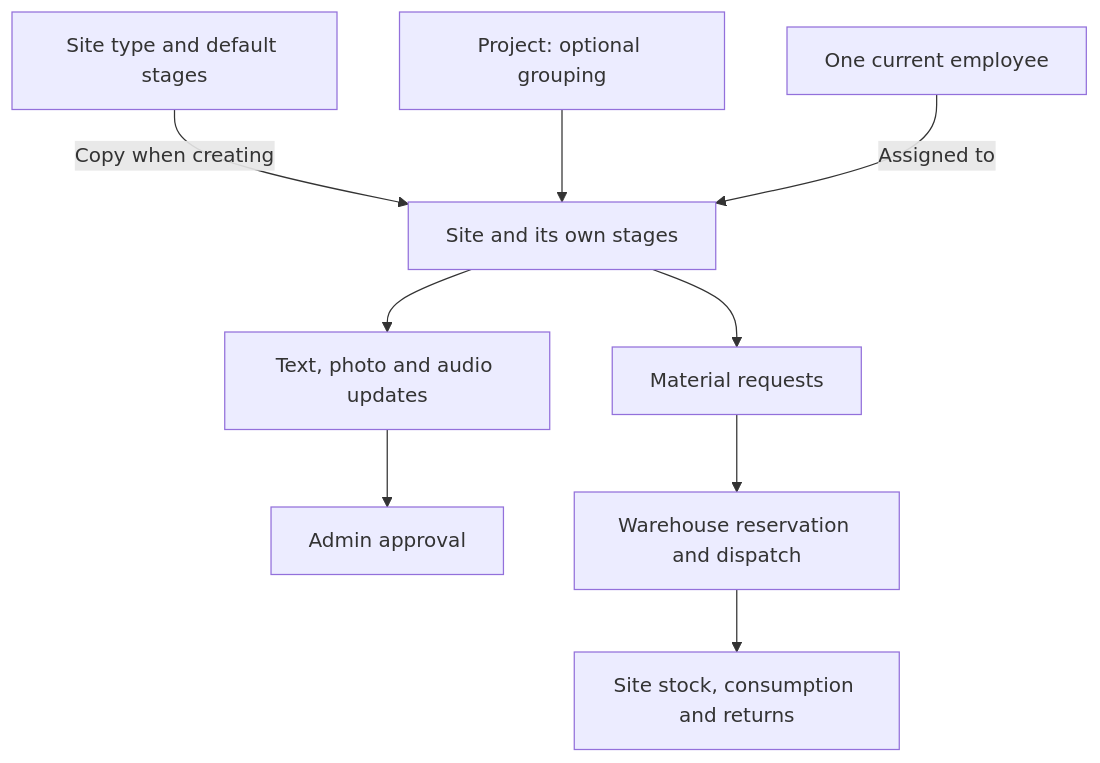
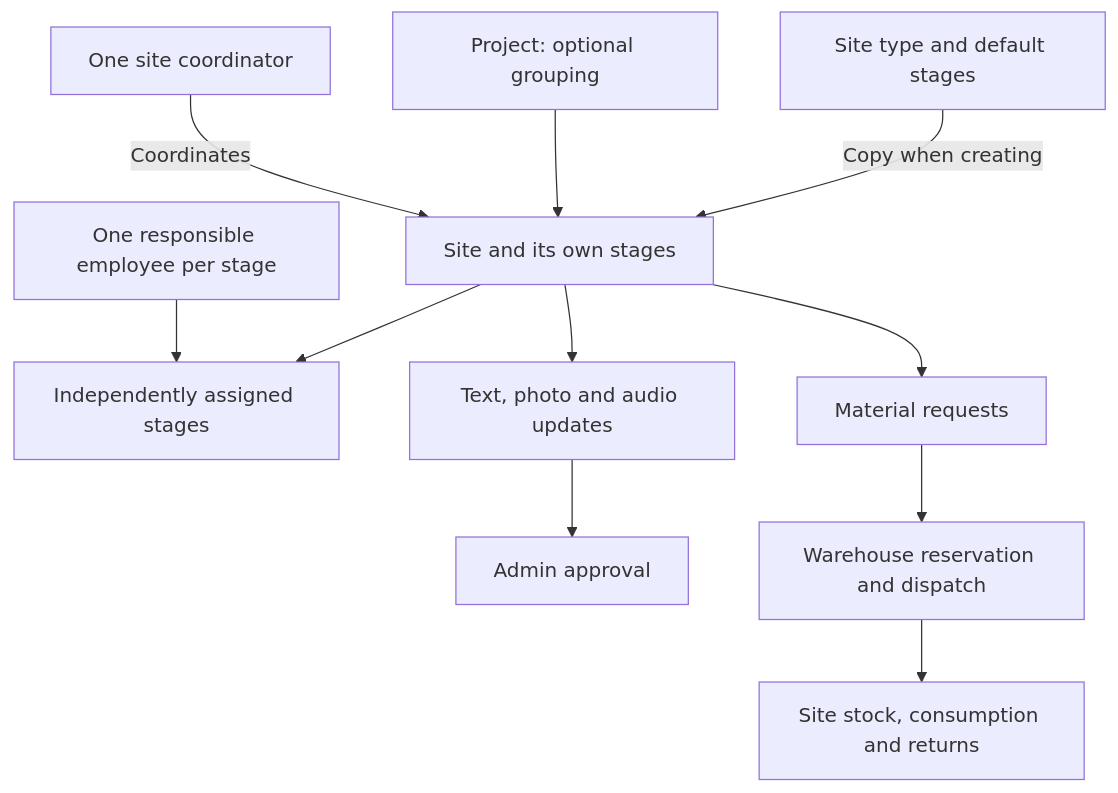
Before and after one commit to dbmoradiya/site-tracking-system: the first of 3 diagrams in docs/system-design.md, drawn with Mermaid. The commit also changed other lines of this file and 314 other files, not shown here.

````diff
--- a/docs/system-design.md
+++ b/docs/system-design.md
@@ -67,11 +75,13 @@
 ```mermaid
 flowchart TD
     T[Site type and default stages] -->|Copy when creating| S[Site and its own stages]
     P[Project: optional grouping] --> S
-    E[One current employee] -->|Assigned to| S
+    E[One site coordinator] -->|Coordinates| S
+    S --> G[Independently assigned stages]
+    O[One responsible employee per stage] --> G
     S --> U[Text, photo and audio updates]
     U --> A[Admin approval]
     S --> R[Material requests]
     R --> W[Warehouse reservation and dispatch]
     W --> M[Site stock, consumption and returns]
 ```
````
